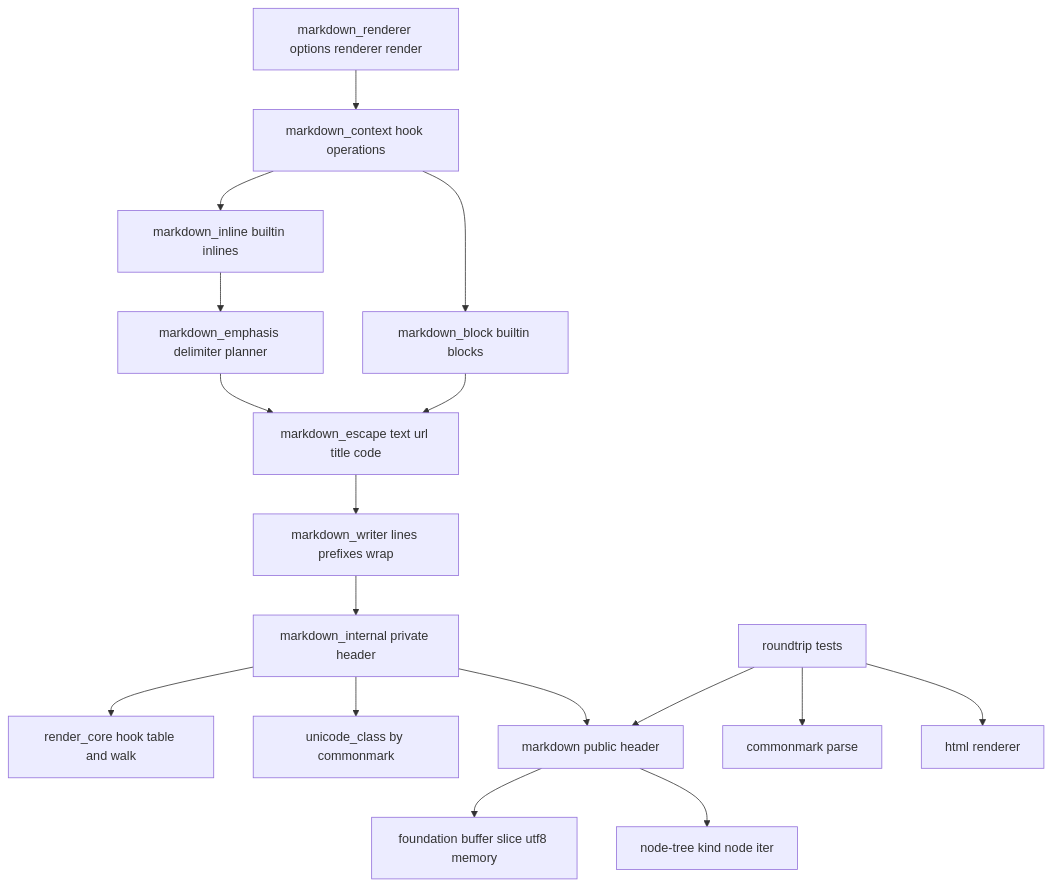
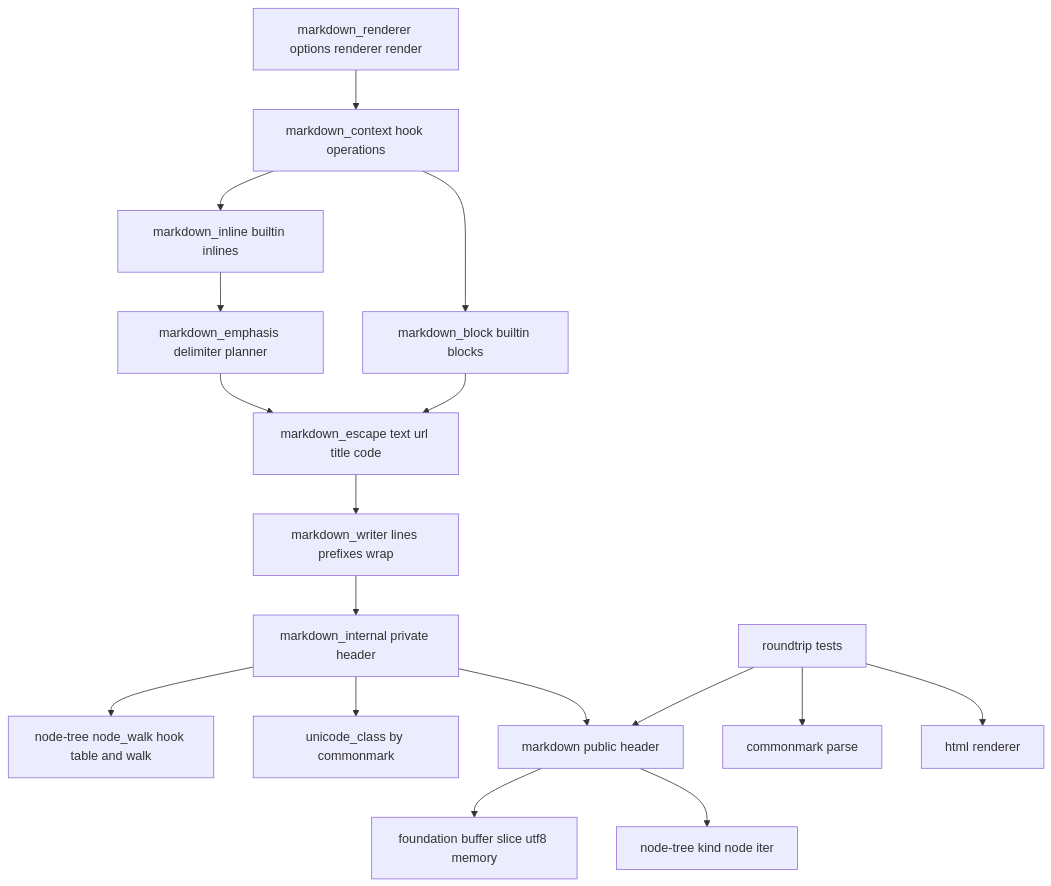
The first of 3 diagrams in .kiro/specs/markdown-renderer/design.md (ktdevx/amark-private3), drawn with Mermaid before and after one commit. The commit also changed other lines of this file and 16 other files, not shown here.

First line of the commit message:
Move shared render walk into node-tree as private node_walk

````diff
--- a/.kiro/specs/markdown-renderer/design.md
+++ b/.kiro/specs/markdown-renderer/design.md
@@ -62,32 +62,32 @@
 ```mermaid
 graph TB
     Foundation[foundation buffer slice utf8 memory]
     NodeTree[node-tree kind node iter]
-    RenderCore[render_core hook table and walk]
+    NodeWalk[node-tree node_walk hook table and walk]
     UnicodeClass[unicode_class by commonmark]
     Header[markdown public header]
     Internal[markdown_internal private header]
     Writer[markdown_writer lines prefixes wrap]
     Escape[markdown_escape text url title code]
     Emphasis[markdown_emphasis delimiter planner]
     Block[markdown_block builtin blocks]
     Inline[markdown_inline builtin inlines]
     Context[markdown_context hook operations]
     Renderer[markdown_renderer options renderer render]
     Header --> Foundation
     Header --> NodeTree
     Internal --> Header
-    Internal --> RenderCore
+    Internal --> NodeWalk
     Internal --> UnicodeClass
     Writer --> Internal
     Escape --> Writer
     Emphasis --> Escape
     Block --> Escape
     Inline --> Emphasis
     Context --> Block
     Context --> Inline
     Renderer --> Context
     RoundTrip[roundtrip tests] --> Header
     RoundTrip --> Commonmark[commonmark parse]
     RoundTrip --> Html[html renderer]
 ```
````
